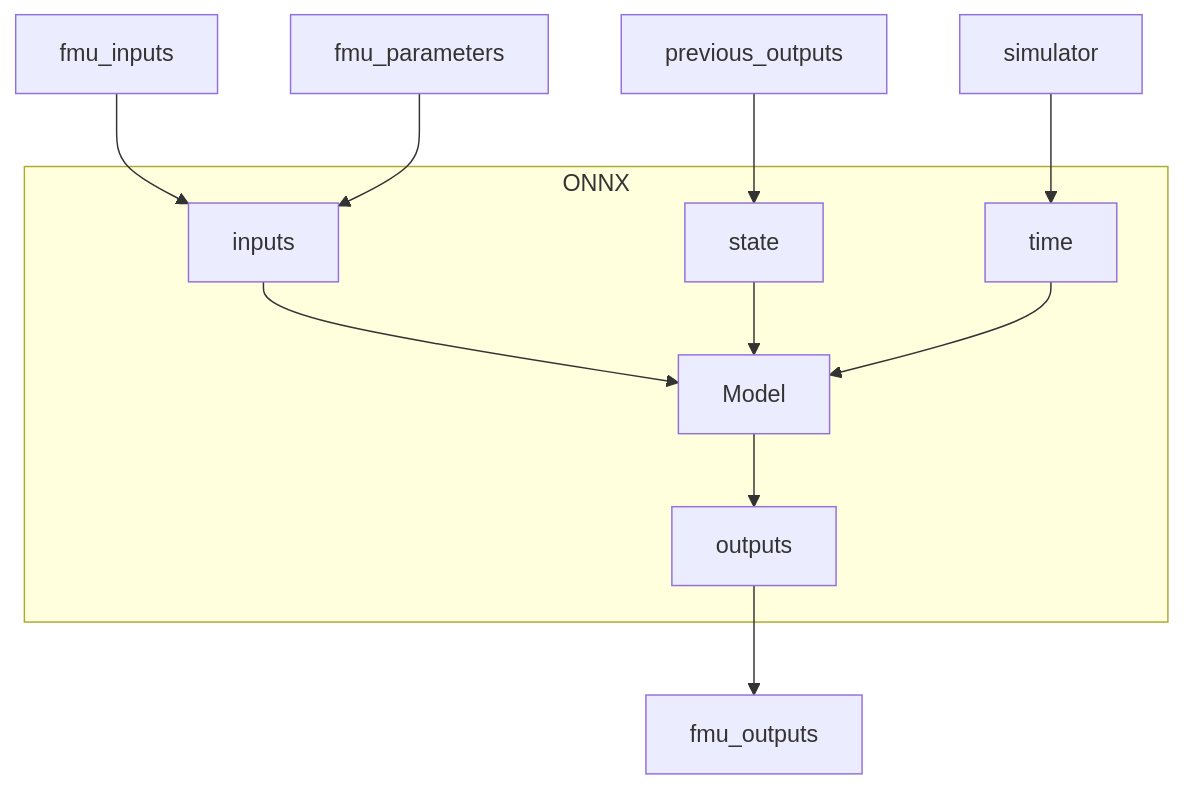
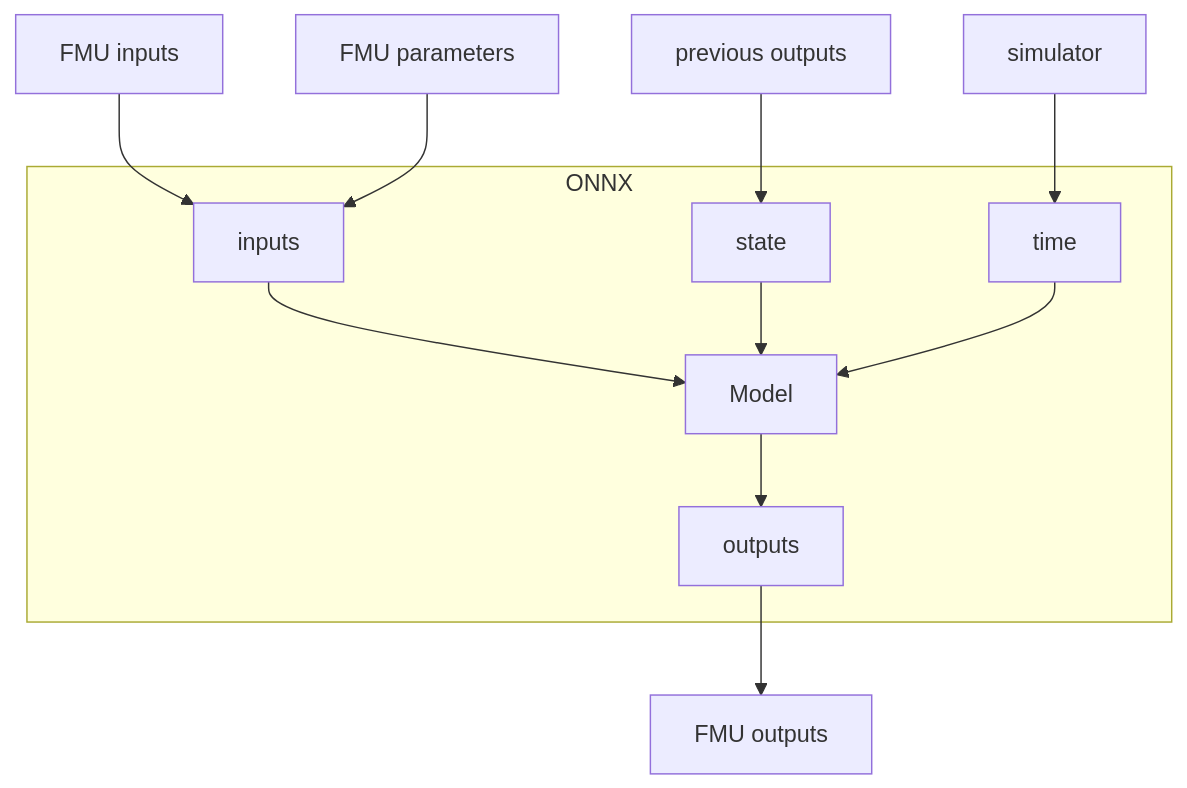
The second of 2 diagrams in MLMODEL.md (dnv-opensource/mlfmu), drawn with Mermaid before and after one commit. The commit also changed other lines of this file, not shown here.

````diff
--- a/MLMODEL.md
+++ b/MLMODEL.md
@@ -45,27 +47,25 @@
 ```mermaid
 graph TD;
 
-    fmu_inputs-->inputs
-    fmu_parameters-->inputs
+    fmu_inputs["FMU inputs"]-->inputs
+    fmu_parameters["FMU parameters"]-->inputs
     inputs --> Model
 
-    previous_outputs --> state
+    previous_outputs["previous outputs"] --> state
     state --> Model
     
     simulator-->time
     time-->Model
    
     Model-->outputs
-    outputs-->fmu_outputs
+    outputs-->fmu_outputs["FMU outputs"]
 
     subgraph ONNX
         inputs
         state
         time
         outputs
         Model
     end
 
-
-    
 ```
````
